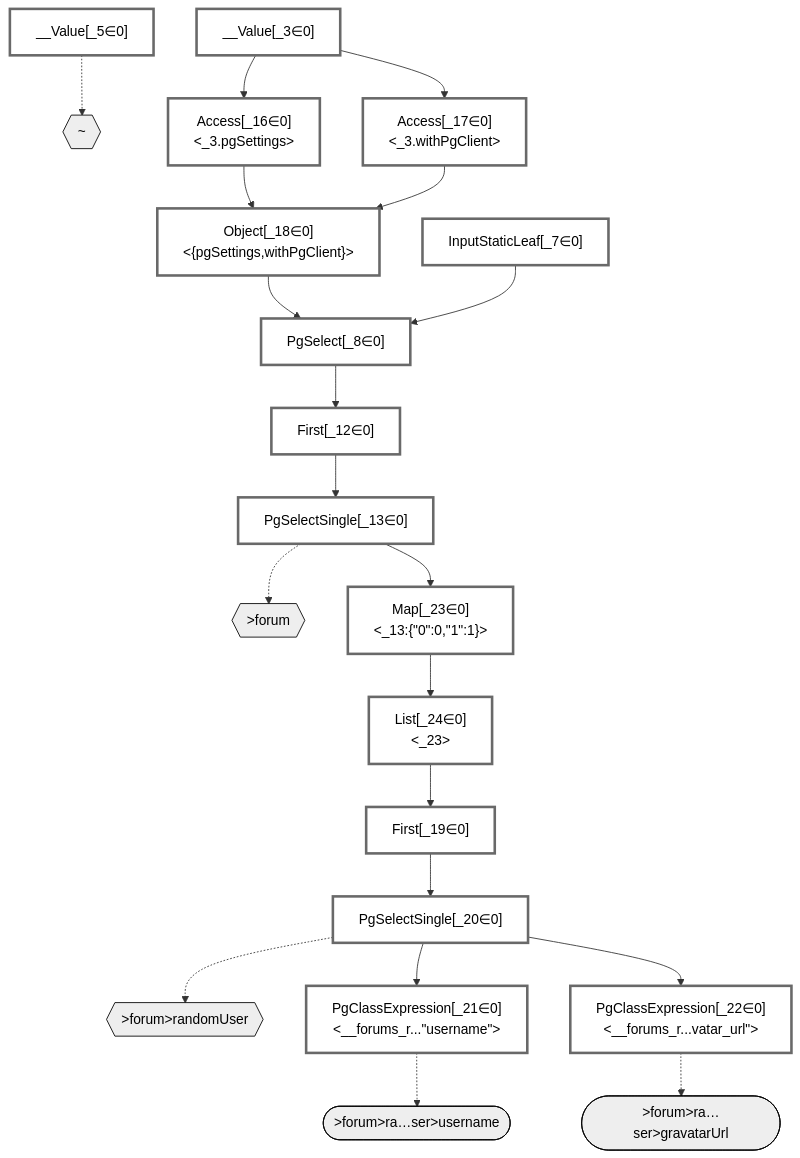
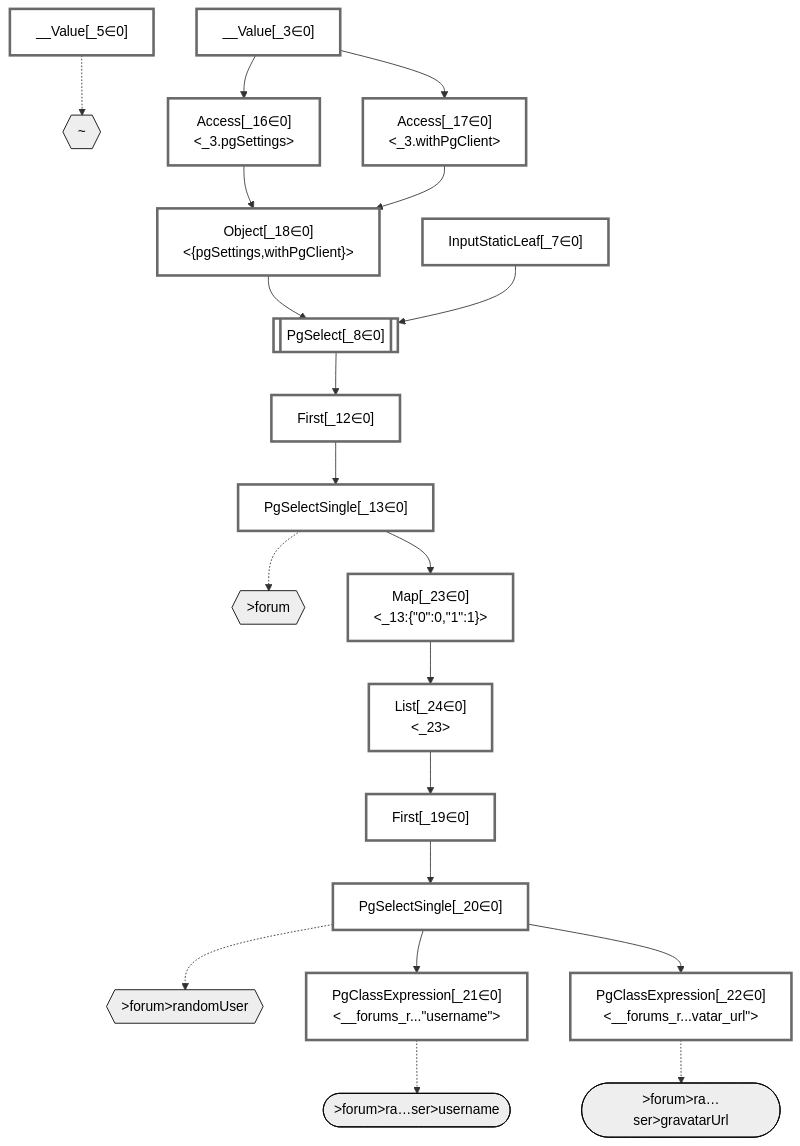
The diagram in packages/dataplan-pg/__tests__/queries/functions/computed-column-user.mermaid.md (graphile/crystal), drawn with Mermaid before and after one commit. The commit also changed 195 other files, not shown here.

````diff
--- a/packages/dataplan-pg/__tests__/queries/functions/computed-column-user.mermaid.md
+++ b/packages/dataplan-pg/__tests__/queries/functions/computed-column-user.mermaid.md
@@ -1,63 +1,63 @@
 ```mermaid
 graph TD
     classDef path fill:#eee,stroke:#000,color:#000
     classDef plan fill:#fff,stroke-width:3px,color:#000
     classDef itemplan fill:#fff,stroke-width:6px,color:#000
     classDef sideeffectplan fill:#f00,stroke-width:6px,color:#000
 
     %% subgraph fields
     P1{{"~"}}:::path
     P2{{">forum"}}:::path
     P3{{">forum>randomUser"}}:::path
     P4([">forum>ra…ser>username"]):::path
     %% P3 -.-> P4
     P5([">forum>ra…ser>gravatarUrl"]):::path
     %% P3 -.-> P5
     %% P2 -.-> P3
     %% P1 -.-> P2
     %% end
 
     %% define plans
     __Value_3["__Value[_3∈0]<br /><context>"]:::plan
     __Value_5["__Value[_5∈0]<br /><rootValue>"]:::plan
     InputStaticLeaf_7["InputStaticLeaf[_7∈0]"]:::plan
-    PgSelect_8["PgSelect[_8∈0]<br /><forums>"]:::plan
+    PgSelect_8[["PgSelect[_8∈0]<br /><forums>"]]:::plan
     First_12["First[_12∈0]"]:::plan
     PgSelectSingle_13["PgSelectSingle[_13∈0]<br /><forums>"]:::plan
     Access_16["Access[_16∈0]<br /><_3.pgSettings>"]:::plan
     Access_17["Access[_17∈0]<br /><_3.withPgClient>"]:::plan
     Object_18["Object[_18∈0]<br /><{pgSettings,withPgClient}>"]:::plan
     First_19["First[_19∈0]"]:::plan
     PgSelectSingle_20["PgSelectSingle[_20∈0]<br /><users>"]:::plan
     PgClassExpression_21["PgClassExpression[_21∈0]<br /><__forums_r...#quot;username#quot;>"]:::plan
     PgClassExpression_22["PgClassExpression[_22∈0]<br /><__forums_r...vatar_url#quot;>"]:::plan
     Map_23["Map[_23∈0]<br /><_13:{#quot;0#quot;:0,#quot;1#quot;:1}>"]:::plan
     List_24["List[_24∈0]<br /><_23>"]:::plan
 
     %% plan dependencies
     Object_18 --> PgSelect_8
     InputStaticLeaf_7 --> PgSelect_8
     PgSelect_8 --> First_12
     First_12 --> PgSelectSingle_13
     __Value_3 --> Access_16
     __Value_3 --> Access_17
     Access_16 --> Object_18
     Access_17 --> Object_18
     List_24 --> First_19
     First_19 --> PgSelectSingle_20
     PgSelectSingle_20 --> PgClassExpression_21
     PgSelectSingle_20 --> PgClassExpression_22
     PgSelectSingle_13 --> Map_23
     Map_23 --> List_24
 
     %% plan-to-path relationships
     __Value_5 -.-> P1
     PgSelectSingle_13 -.-> P2
     PgSelectSingle_20 -.-> P3
     PgClassExpression_21 -.-> P4
     PgClassExpression_22 -.-> P5
 
     %% allocate buckets
     classDef bucket0 stroke:#696969
     class __Value_3,__Value_5,InputStaticLeaf_7,PgSelect_8,First_12,PgSelectSingle_13,Access_16,Access_17,Object_18,First_19,PgSelectSingle_20,PgClassExpression_21,PgClassExpression_22,Map_23,List_24 bucket0
 ```
````
